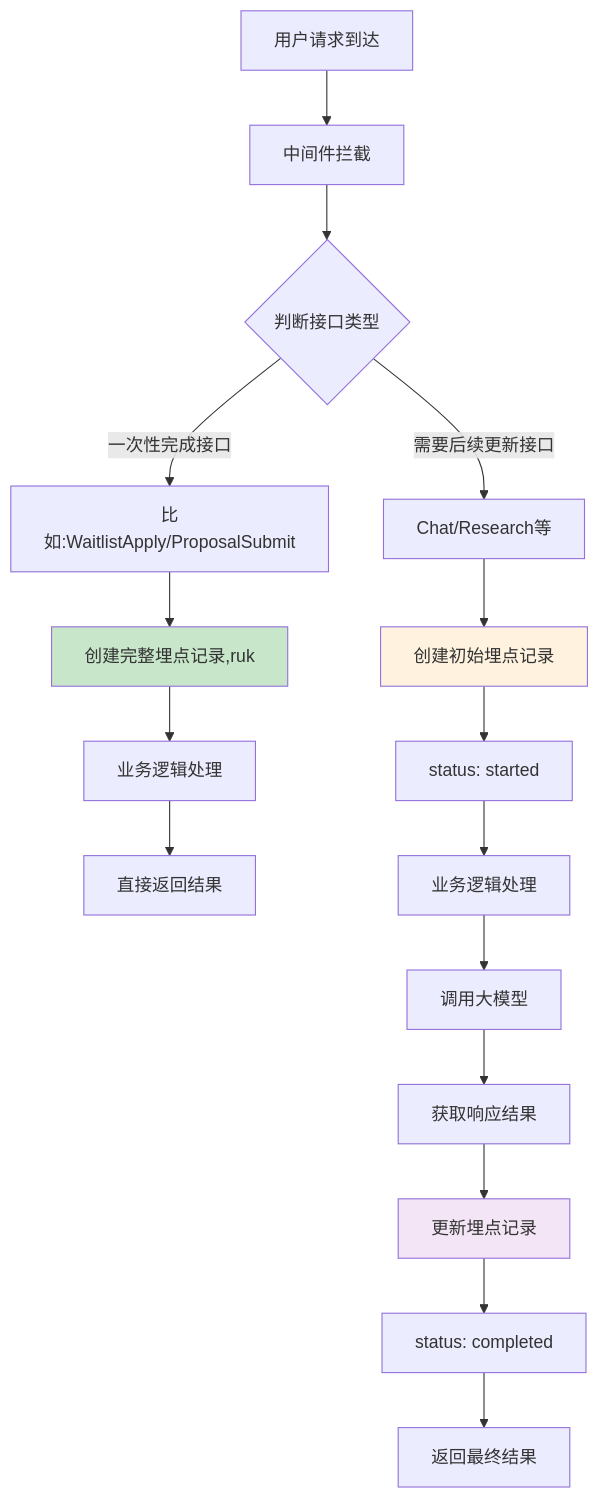
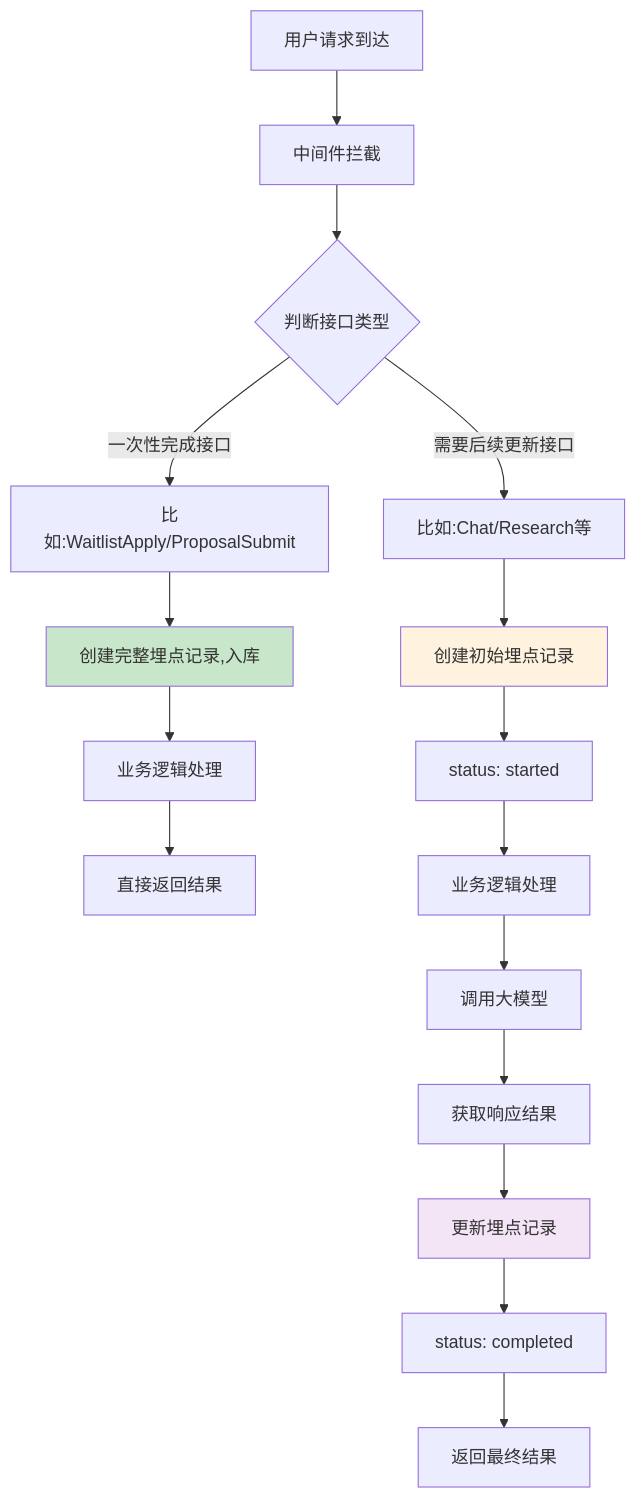
Before and after one commit to yingjianzh/iodraw-files: the diagram in all/未命名-78.md, drawn with Mermaid.

Commit message:
2025-07-08 17:16:43 update

````diff
--- a/all/未命名-78.md
+++ b/all/未命名-78.md
@@ -1,25 +1,25 @@
 ```mermaid
 flowchart TD
     A[用户请求到达] --> B[中间件拦截]
     B --> C{判断接口类型}
     
     C -->|一次性完成接口| D[比如:WaitlistApply/ProposalSubmit]
-    C -->|需要后续更新接口| E[Chat/Research等]
+    C -->|需要后续更新接口| E[比如:Chat/Research等]
     
-    D --> F[创建完整埋点记录,ruk]
+    D --> F[创建完整埋点记录,入库]
     F --> H[业务逻辑处理]
     H --> I[直接返回结果]
     
     E --> J[创建初始埋点记录]
     J --> K[status: started]
     K --> L[业务逻辑处理]
     L --> M[调用大模型]
     M --> N[获取响应结果]
     N --> O[更新埋点记录]
     O --> P[status: completed]
     P --> Q[返回最终结果]
     
     style F fill:#c8e6c9
     style J fill:#fff3e0
     style O fill:#f3e5f5
 ```
````
